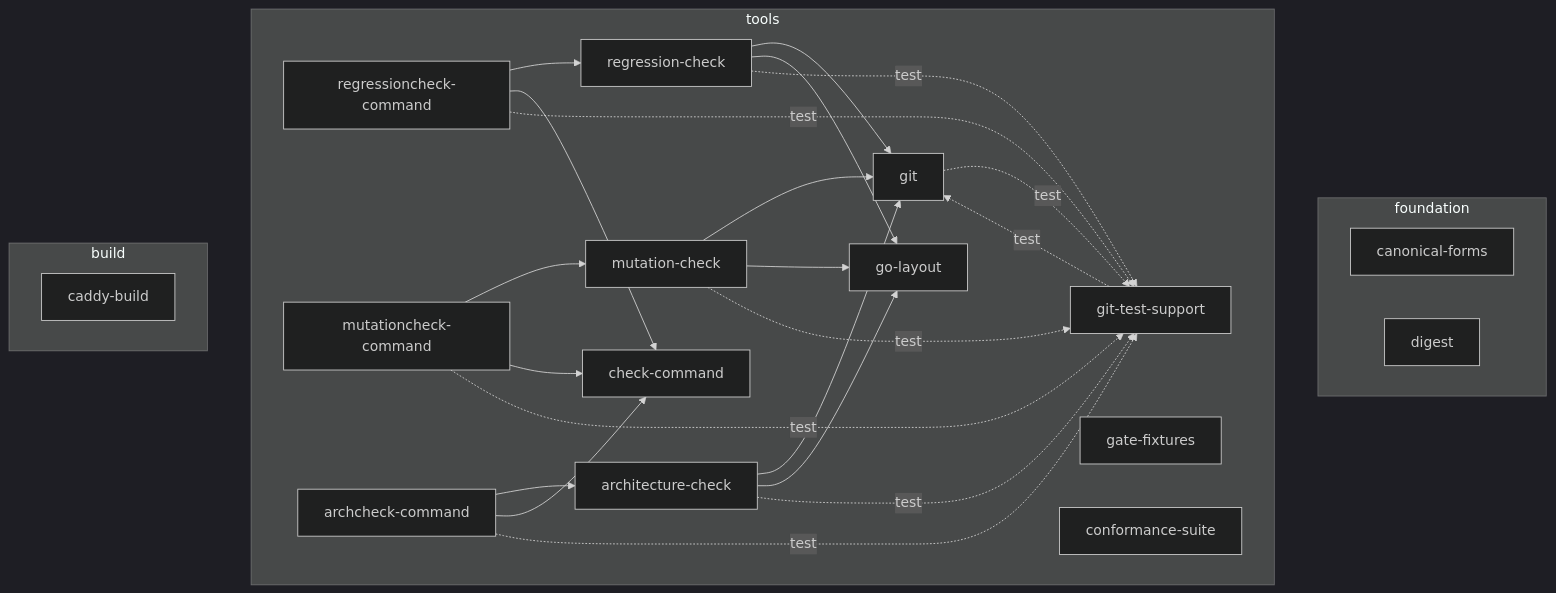
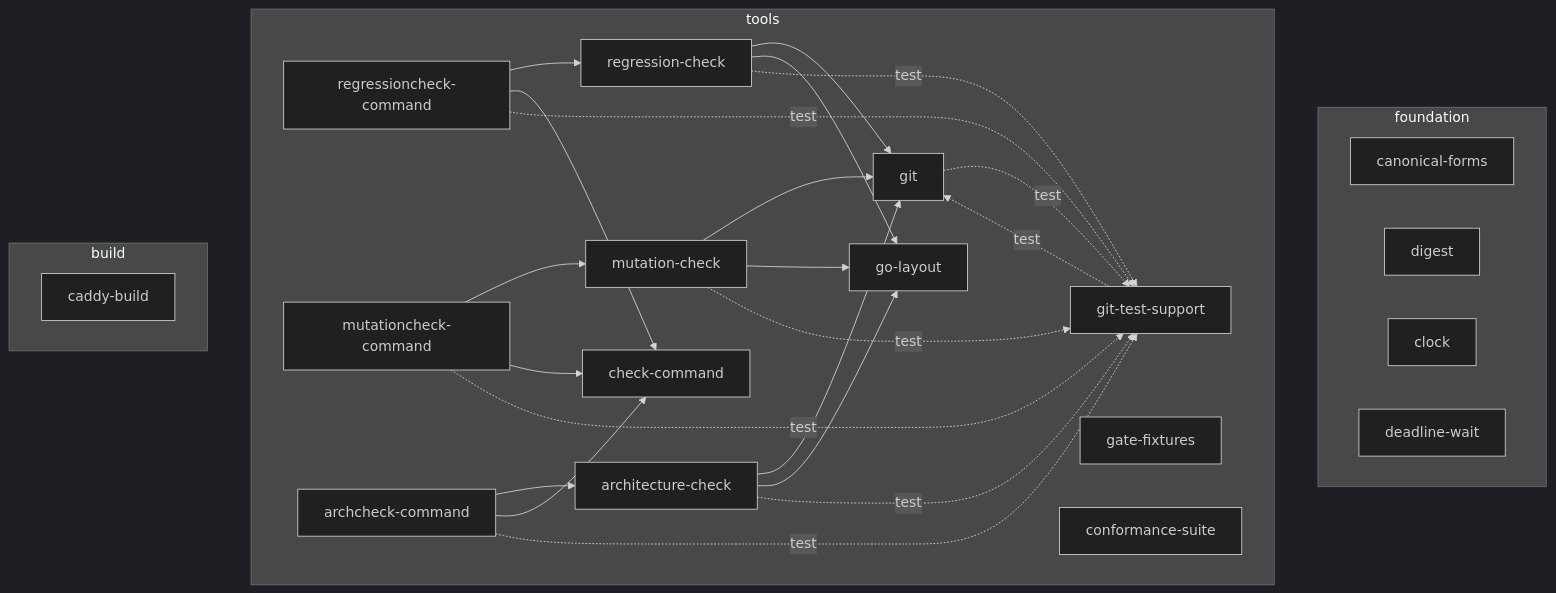
The diagram in docs/architecture/go-architecture.md (OpenRAE/lilrae), drawn with Mermaid (dark theme) before and after one commit. The commit also changed 4 other files, not shown here.

First line of the commit message:
docs: record the design of the clock and the deadline waits

````diff
--- a/docs/architecture/go-architecture.md
+++ b/docs/architecture/go-architecture.md
@@ -17,44 +17,46 @@
 ```mermaid
 flowchart TB
     subgraph layer_foundation[foundation]
         component_canonical_forms[canonical-forms]
         component_digest[digest]
+        component_clock[clock]
+        component_deadline_wait[deadline-wait]
     end
     subgraph layer_tools[tools]
         component_regressioncheck_command[regressioncheck-command]
         component_mutationcheck_command[mutationcheck-command]
         component_archcheck_command[archcheck-command]
         component_regression_check[regression-check]
         component_mutation_check[mutation-check]
         component_architecture_check[architecture-check]
         component_check_command[check-command]
         component_go_layout[go-layout]
         component_git[git]
         component_git_test_support[git-test-support]
         component_gate_fixtures[gate-fixtures]
         component_conformance_suite[conformance-suite]
     end
     subgraph layer_build[build]
         component_caddy_build[caddy-build]
     end
     component_regressioncheck_command --> component_regression_check
     component_regressioncheck_command --> component_check_command
     component_regressioncheck_command -. test .-> component_git_test_support
     component_mutationcheck_command --> component_mutation_check
     component_mutationcheck_command --> component_check_command
     component_mutationcheck_command -. test .-> component_git_test_support
     component_archcheck_command --> component_architecture_check
     component_archcheck_command --> component_check_command
     component_archcheck_command -. test .-> component_git_test_support
     component_regression_check --> component_git
     component_regression_check --> component_go_layout
     component_regression_check -. test .-> component_git_test_support
     component_mutation_check --> component_git
     component_mutation_check --> component_go_layout
     component_mutation_check -. test .-> component_git_test_support
     component_architecture_check --> component_git
     component_architecture_check --> component_go_layout
     component_architecture_check -. test .-> component_git_test_support
     component_git -. test .-> component_git_test_support
     component_git_test_support -. test .-> component_git
 ```
````
